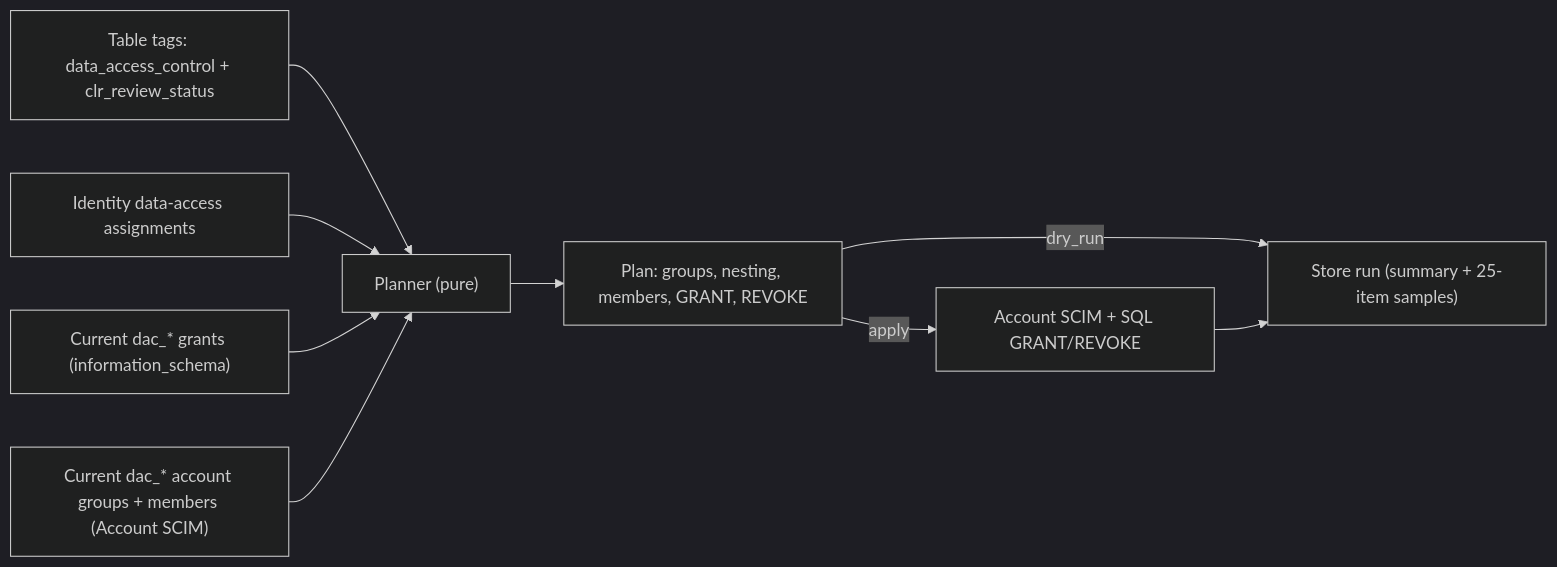
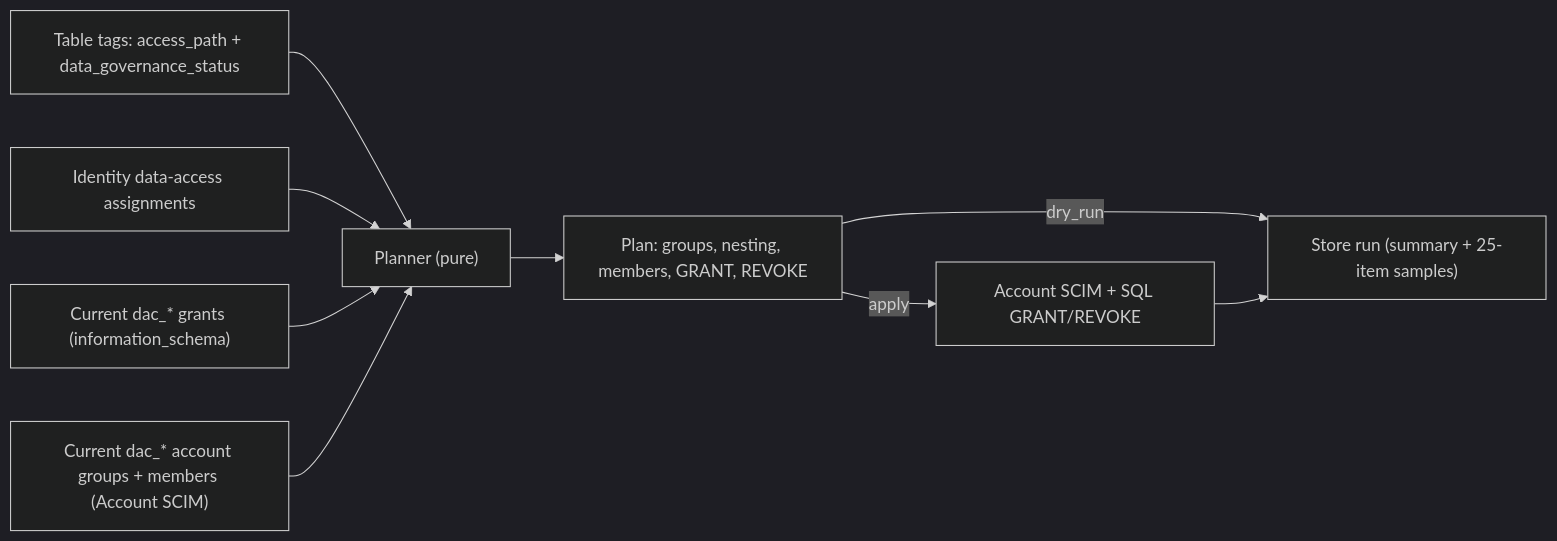
One commit to dgalluzzo26/databricks-governance-app changed the first of 8 diagrams in docs/grants-sync.md. Above: the diagram before and after it, drawn with Mermaid (dark theme). The commit also changed other lines of this file and 113 other files, not shown here.

````diff
--- a/docs/grants-sync.md
+++ b/docs/grants-sync.md
@@ -37,11 +37,11 @@
 ```mermaid
 flowchart LR
-  tags["Table tags: data_access_control + clr_review_status"] --> planner["Planner (pure)"]
+  tags["Table tags: access_path + data_governance_status"] --> planner["Planner (pure)"]
   assign["Identity data-access assignments"] --> planner
   grants["Current dac_* grants (information_schema)"] --> planner
   groups["Current dac_* account groups + members (Account SCIM)"] --> planner
   planner --> plan["Plan: groups, nesting, members, GRANT, REVOKE"]
   plan -->|dry_run| store["Store run (summary + 25-item samples)"]
   plan -->|apply| mutate["Account SCIM + SQL GRANT/REVOKE"]
   mutate --> store
 ```
````
